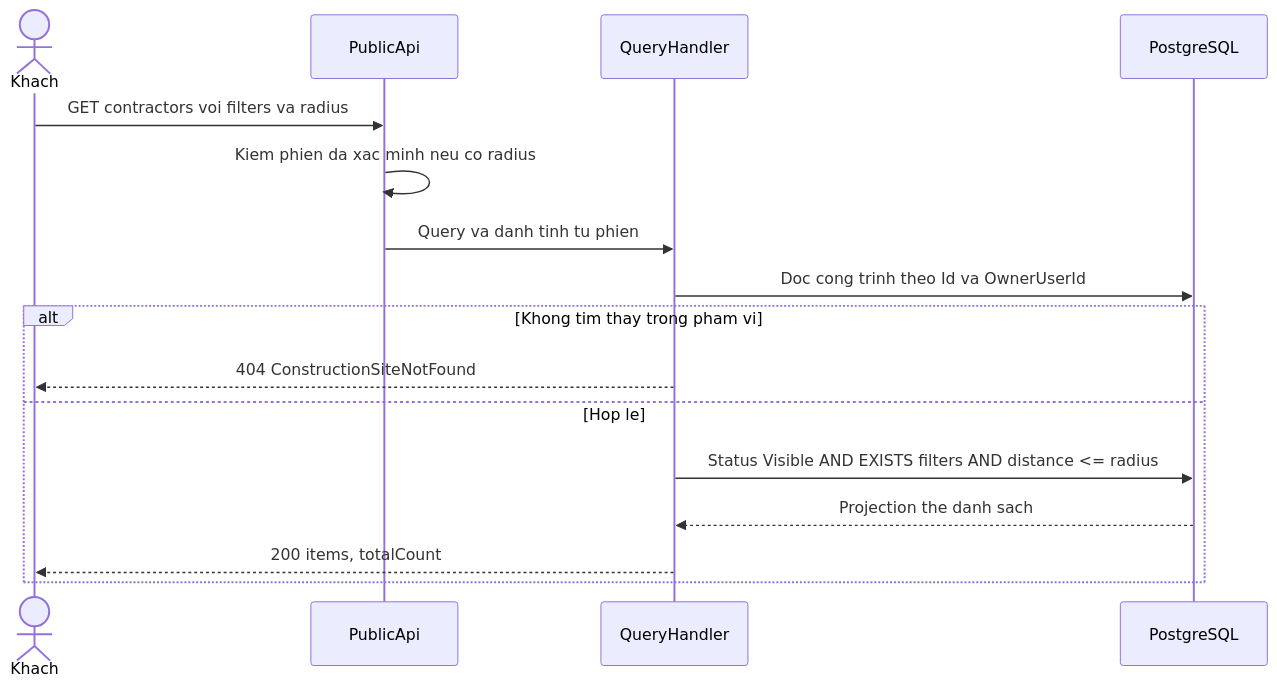
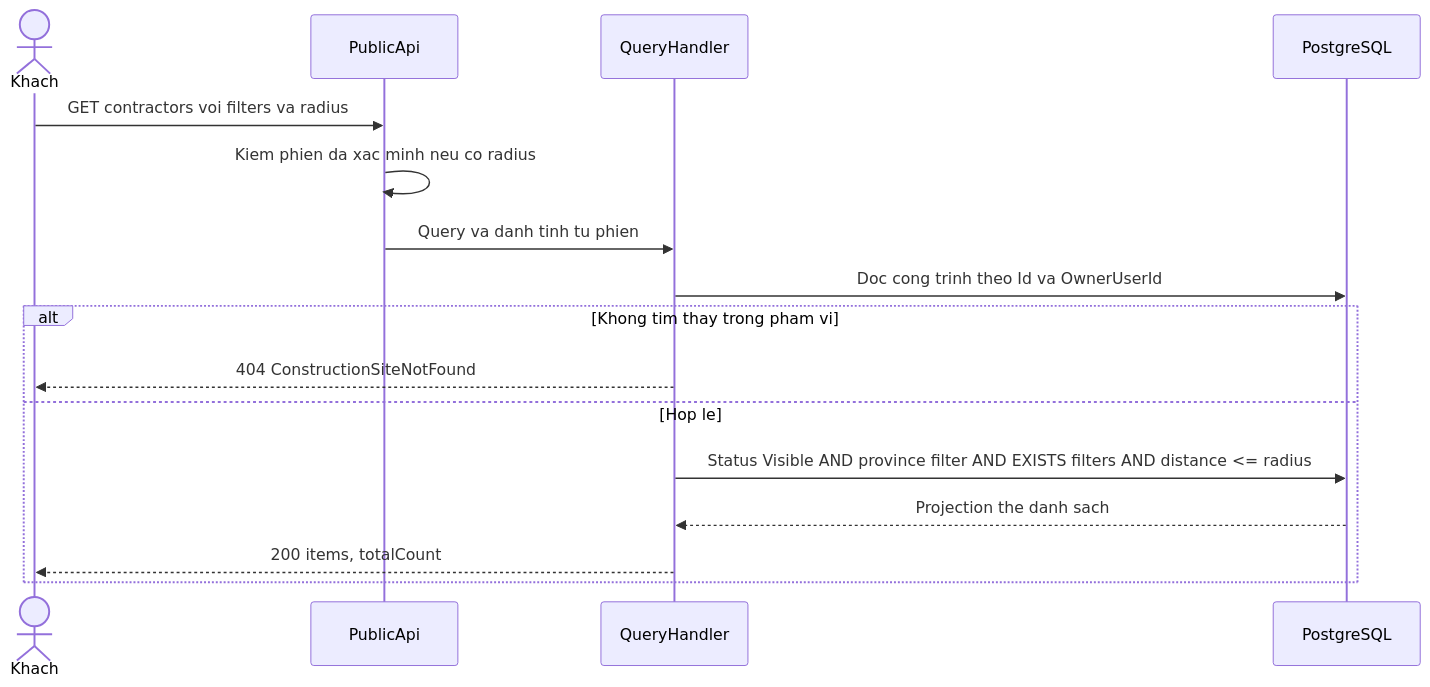
The second of 5 diagrams in tdd/TDD-CTR-002.md (TaskCoper/bmt-documentation), drawn with Mermaid before and after one commit. The commit also changed other lines of this file and 19 other files, not shown here.

Commit message:
docs(contractors): define province mapping and region filters

````diff
--- a/tdd/TDD-CTR-002.md
+++ b/tdd/TDD-CTR-002.md
@@ -124,18 +139,18 @@
 ```mermaid
 sequenceDiagram
     actor C as Khach
     participant API as PublicApi
     participant H as QueryHandler
     participant DB as PostgreSQL
     C->>API: GET contractors voi filters va radius
     API->>API: Kiem phien da xac minh neu co radius
     API->>H: Query va danh tinh tu phien
     H->>DB: Doc cong trinh theo Id va OwnerUserId
     alt Khong tim thay trong pham vi
         H-->>C: 404 ConstructionSiteNotFound
     else Hop le
-        H->>DB: Status Visible AND EXISTS filters AND distance <= radius
+        H->>DB: Status Visible AND province filter AND EXISTS filters AND distance <= radius
         DB-->>H: Projection the danh sach
         H-->>C: 200 items, totalCount
     end
 ```
````
